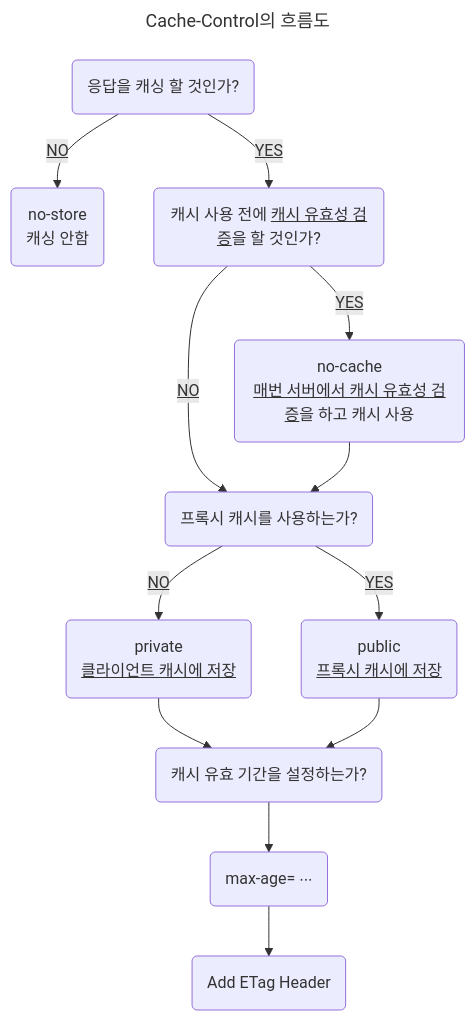
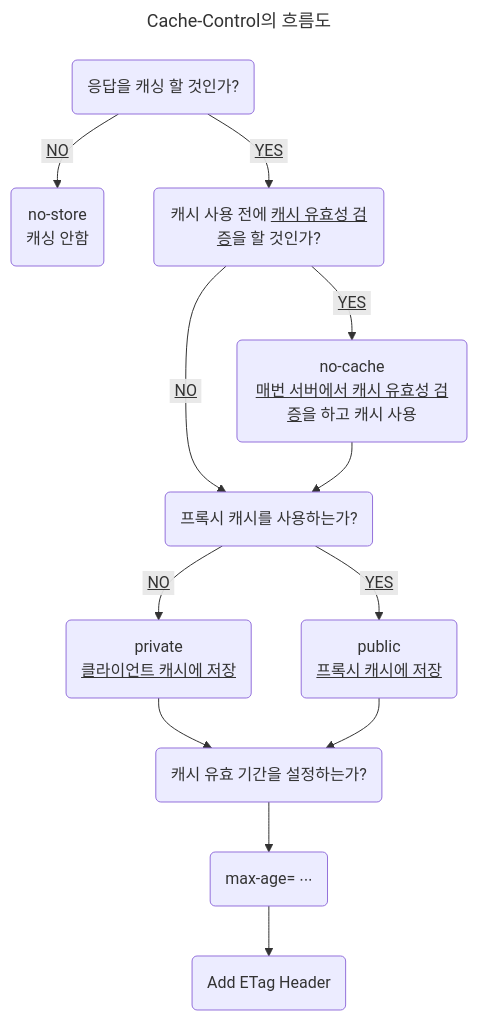
Before and after one commit to HyungJinHan/HyungJinHan.github.io: the diagram in _posts/computer-science/network/http/2024-08-20-http-4-3.md, drawn with Mermaid.

Commit message:
플로우차트 스타일링 수정

````diff
--- a/_posts/computer-science/network/http/2024-08-20-http-4-3.md
+++ b/_posts/computer-science/network/http/2024-08-20-http-4-3.md
@@ -77,17 +77,17 @@
 ```mermaid
 ---
 title: Cache-Control의 흐름도
 ---
 flowchart TD
-  A(응답을 캐싱 할 것인가?) -->|<ins class="red">NO</ins>| B(no-store<br>캐싱 안함)
-  A -->|<ins class="blue">YES</ins>| C(캐시 사용 전에 <ins>캐시 유효성 검증</ins>을 할 것인가?)
-  C -->|<ins class="red">NO</ins>| D(프록시 캐시를 사용하는가?)
-  C -->|<ins class="blue">YES</ins>| E(no-cache<br><ins>매번 서버에서 캐시 유효성 검증</ins>을 하고 캐시 사용)
+  A(응답을 캐싱 할 것인가?) --<ins class="red" style="padding: 5px">NO</ins>--> B(no-store<br>캐싱 안함)
+  A --<ins class="blue" style="padding: 5px">YES</ins>--> C(캐시 사용 전에 <ins>캐시 유효성 검증</ins>을 할 것인가?)
+  C --<ins class="red" style="padding: 5px">NO</ins>--> D(프록시 캐시를 사용하는가?)
+  C --<ins class="blue" style="padding: 5px">YES</ins>--> E(no-cache<br><ins>매번 서버에서 캐시 유효성 검증</ins>을 하고 캐시 사용)
   E --> D
-  D -->|<ins class="blue">YES</ins>| F(public<br><ins>프록시 캐시에 저장</ins>)
-  D -->|<ins class="red">NO</ins>| G(private<br><ins>클라이언트 캐시에 저장</ins>)
+  D --<ins class="blue" style="padding: 5px">YES</ins>--> F(public<br><ins>프록시 캐시에 저장</ins>)
+  D --<ins class="red" style="padding: 5px">NO</ins>--> G(private<br><ins>클라이언트 캐시에 저장</ins>)
   G --> H(캐시 유효 기간을 설정하는가?)
   F --> H
   H --> I(max-age= ∙∙∙)
   I --> J(Add ETag Header)
 ```
````
